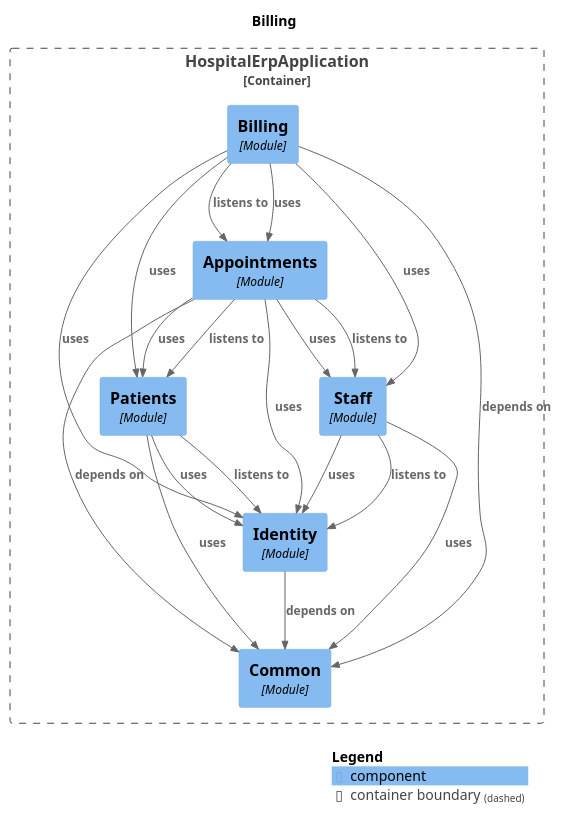
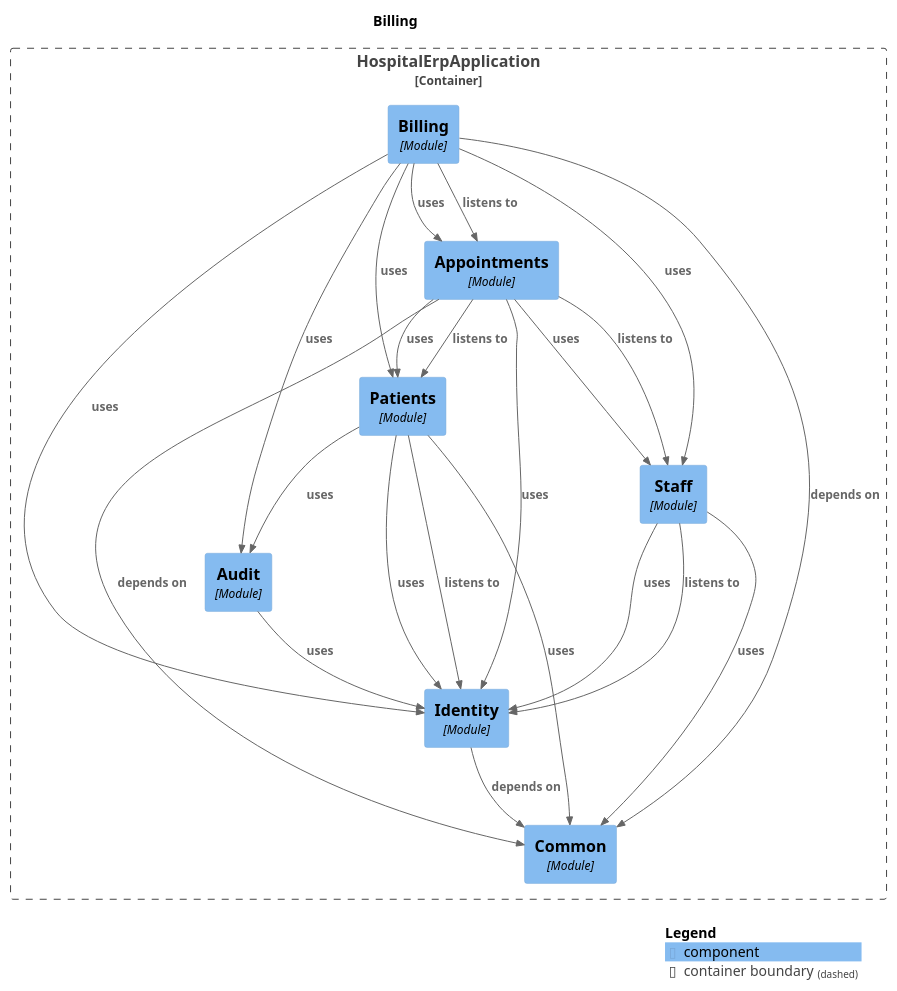
One commit to harshsharma5720/HospitalERP changed the diagram in docs/modules/module-billing.puml. Above: the diagram before and after it, drawn with PlantUML. The commit also changed 27 other files, not shown here.

```diff
--- a/docs/modules/module-billing.puml
+++ b/docs/modules/module-billing.puml
@@ -1,41 +1,45 @@
 @startuml
 set separator none
 title Billing
 
 top to bottom direction
 
 !include <C4/C4>
 !include <C4/C4_Context>
 !include <C4/C4_Component>
 
 Container_Boundary("HospitalErpApplication.HospitalErpApplication_boundary", "HospitalErpApplication", $tags="") {
   Component(HospitalErpApplication.HospitalErpApplication.Appointments, "Appointments", $techn="Module", $descr="", $tags="", $link="")
   Component(HospitalErpApplication.HospitalErpApplication.Billing, "Billing", $techn="Module", $descr="", $tags="", $link="")
   Component(HospitalErpApplication.HospitalErpApplication.Common, "Common", $techn="Module", $descr="", $tags="", $link="")
   Component(HospitalErpApplication.HospitalErpApplication.Identity, "Identity", $techn="Module", $descr="", $tags="", $link="")
+  Component(HospitalErpApplication.HospitalErpApplication.Audit, "Audit", $techn="Module", $descr="", $tags="", $link="")
   Component(HospitalErpApplication.HospitalErpApplication.Staff, "Staff", $techn="Module", $descr="", $tags="", $link="")
   Component(HospitalErpApplication.HospitalErpApplication.Patients, "Patients", $techn="Module", $descr="", $tags="", $link="")
 }
 
+Rel(HospitalErpApplication.HospitalErpApplication.Identity, HospitalErpApplication.HospitalErpApplication.Common, "depends on", $techn="", $tags="", $link="")
+Rel(HospitalErpApplication.HospitalErpApplication.Audit, HospitalErpApplication.HospitalErpApplication.Identity, "uses", $techn="", $tags="", $link="")
 Rel(HospitalErpApplication.HospitalErpApplication.Staff, HospitalErpApplication.HospitalErpApplication.Identity, "listens to", $techn="", $tags="", $link="")
 Rel(HospitalErpApplication.HospitalErpApplication.Staff, HospitalErpApplication.HospitalErpApplication.Identity, "uses", $techn="", $tags="", $link="")
 Rel(HospitalErpApplication.HospitalErpApplication.Staff, HospitalErpApplication.HospitalErpApplication.Common, "uses", $techn="", $tags="", $link="")
-Rel(HospitalErpApplication.HospitalErpApplication.Billing, HospitalErpApplication.HospitalErpApplication.Appointments, "listens to", $techn="", $tags="", $link="")
-Rel(HospitalErpApplication.HospitalErpApplication.Billing, HospitalErpApplication.HospitalErpApplication.Common, "depends on", $techn="", $tags="", $link="")
-Rel(HospitalErpApplication.HospitalErpApplication.Billing, HospitalErpApplication.HospitalErpApplication.Identity, "uses", $techn="", $tags="", $link="")
-Rel(HospitalErpApplication.HospitalErpApplication.Billing, HospitalErpApplication.HospitalErpApplication.Appointments, "uses", $techn="", $tags="", $link="")
-Rel(HospitalErpApplication.HospitalErpApplication.Billing, HospitalErpApplication.HospitalErpApplication.Staff, "uses", $techn="", $tags="", $link="")
-Rel(HospitalErpApplication.HospitalErpApplication.Billing, HospitalErpApplication.HospitalErpApplication.Patients, "uses", $techn="", $tags="", $link="")
-Rel(HospitalErpApplication.HospitalErpApplication.Patients, HospitalErpApplication.HospitalErpApplication.Identity, "listens to", $techn="", $tags="", $link="")
-Rel(HospitalErpApplication.HospitalErpApplication.Patients, HospitalErpApplication.HospitalErpApplication.Identity, "uses", $techn="", $tags="", $link="")
-Rel(HospitalErpApplication.HospitalErpApplication.Patients, HospitalErpApplication.HospitalErpApplication.Common, "uses", $techn="", $tags="", $link="")
 Rel(HospitalErpApplication.HospitalErpApplication.Appointments, HospitalErpApplication.HospitalErpApplication.Staff, "listens to", $techn="", $tags="", $link="")
 Rel(HospitalErpApplication.HospitalErpApplication.Appointments, HospitalErpApplication.HospitalErpApplication.Patients, "listens to", $techn="", $tags="", $link="")
 Rel(HospitalErpApplication.HospitalErpApplication.Appointments, HospitalErpApplication.HospitalErpApplication.Common, "depends on", $techn="", $tags="", $link="")
 Rel(HospitalErpApplication.HospitalErpApplication.Appointments, HospitalErpApplication.HospitalErpApplication.Patients, "uses", $techn="", $tags="", $link="")
 Rel(HospitalErpApplication.HospitalErpApplication.Appointments, HospitalErpApplication.HospitalErpApplication.Staff, "uses", $techn="", $tags="", $link="")
 Rel(HospitalErpApplication.HospitalErpApplication.Appointments, HospitalErpApplication.HospitalErpApplication.Identity, "uses", $techn="", $tags="", $link="")
-Rel(HospitalErpApplication.HospitalErpApplication.Identity, HospitalErpApplication.HospitalErpApplication.Common, "depends on", $techn="", $tags="", $link="")
+Rel(HospitalErpApplication.HospitalErpApplication.Billing, HospitalErpApplication.HospitalErpApplication.Appointments, "listens to", $techn="", $tags="", $link="")
+Rel(HospitalErpApplication.HospitalErpApplication.Billing, HospitalErpApplication.HospitalErpApplication.Common, "depends on", $techn="", $tags="", $link="")
+Rel(HospitalErpApplication.HospitalErpApplication.Billing, HospitalErpApplication.HospitalErpApplication.Identity, "uses", $techn="", $tags="", $link="")
+Rel(HospitalErpApplication.HospitalErpApplication.Billing, HospitalErpApplication.HospitalErpApplication.Appointments, "uses", $techn="", $tags="", $link="")
+Rel(HospitalErpApplication.HospitalErpApplication.Billing, HospitalErpApplication.HospitalErpApplication.Audit, "uses", $techn="", $tags="", $link="")
+Rel(HospitalErpApplication.HospitalErpApplication.Billing, HospitalErpApplication.HospitalErpApplication.Staff, "uses", $techn="", $tags="", $link="")
+Rel(HospitalErpApplication.HospitalErpApplication.Billing, HospitalErpApplication.HospitalErpApplication.Patients, "uses", $techn="", $tags="", $link="")
+Rel(HospitalErpApplication.HospitalErpApplication.Patients, HospitalErpApplication.HospitalErpApplication.Identity, "listens to", $techn="", $tags="", $link="")
+Rel(HospitalErpApplication.HospitalErpApplication.Patients, HospitalErpApplication.HospitalErpApplication.Identity, "uses", $techn="", $tags="", $link="")
+Rel(HospitalErpApplication.HospitalErpApplication.Patients, HospitalErpApplication.HospitalErpApplication.Common, "uses", $techn="", $tags="", $link="")
+Rel(HospitalErpApplication.HospitalErpApplication.Patients, HospitalErpApplication.HospitalErpApplication.Audit, "uses", $techn="", $tags="", $link="")
 
 SHOW_LEGEND(true)
 @enduml
```
